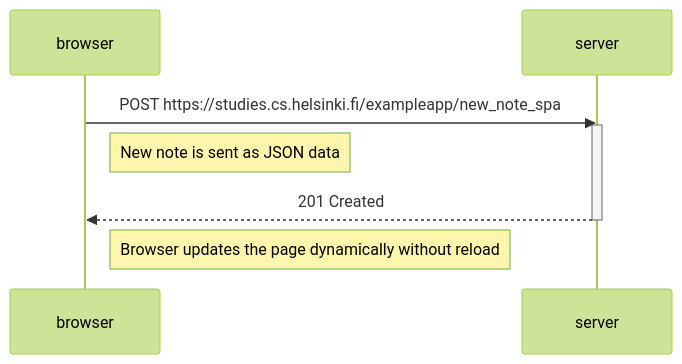
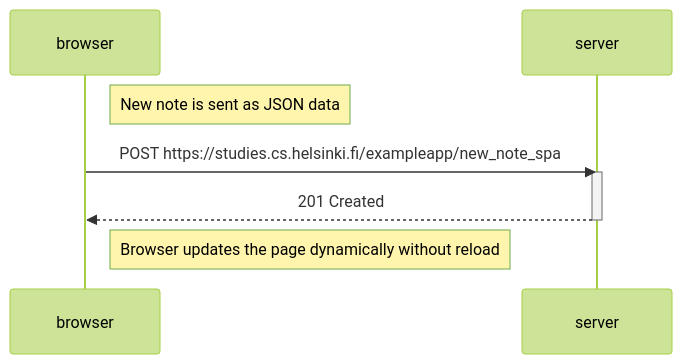
One commit to mlnxsg/FSO changed the diagram in part0/06.mmd. Above: the diagram before and after it, drawn with Mermaid (forest theme).

```diff
--- a/part0/06.mmd
+++ b/part0/06.mmd
@@ -1,10 +1,10 @@
 sequenceDiagram
     participant browser
     participant server
 
+    Note right of browser: New note is sent as JSON data
     browser->>server: POST https://studies.cs.helsinki.fi/exampleapp/new_note_spa
-    activate server
-    Note right of browser: New note is sent as JSON data
+    activate server    
     server-->>browser: 201 Created 
     deactivate server
     Note right of browser: Browser updates the page dynamically without reload
```
